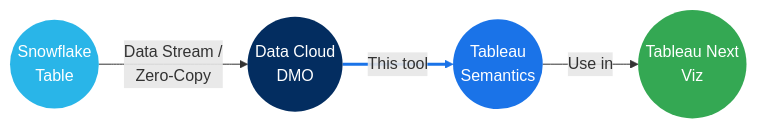
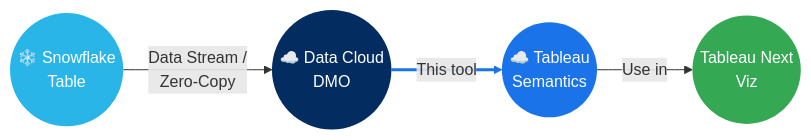
One commit to RyutoYoda/snowflake-to-tableau-semantics changed the second of 3 diagrams in README.md. Above: the diagram before and after it, drawn with Mermaid. The commit also changed other lines of this file, not shown here.

Commit message:
Add back Snowflake and Salesforce brand emoji

````diff
--- a/README.md
+++ b/README.md
@@ -37,13 +37,13 @@
 ```mermaid
 flowchart LR
-    A(("Snowflake\nTable")) -- "Data Stream /\nZero-Copy" --> B(("Data Cloud\nDMO"))
-    B -- "This tool" --> C(("Tableau\nSemantics"))
+    A(("❄️ Snowflake\nTable")) -- "Data Stream /\nZero-Copy" --> B(("☁️ Data Cloud\nDMO"))
+    B -- "This tool" --> C(("☁️ Tableau\nSemantics"))
     C -- "Use in" --> D(("Tableau Next\nViz"))
 
     style A fill:#29B5E8,color:#fff,stroke:none
     style B fill:#032D60,color:#fff,stroke:none
     style C fill:#1a73e8,color:#fff,stroke:none
     style D fill:#34a853,color:#fff,stroke:none
 
     linkStyle 1 stroke:#1a73e8,stroke-width:3px
 ```
````
